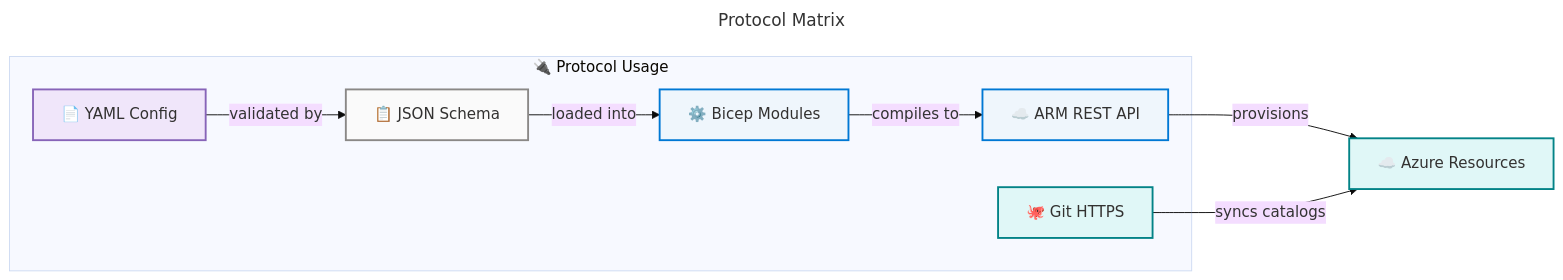
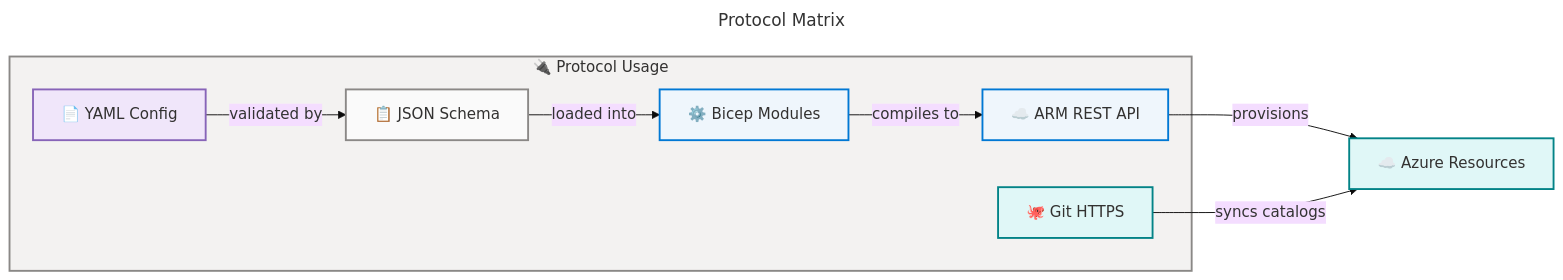
Before and after one commit to Evilazaro/DevExp-DevBox: the sixth of 12 diagrams in docs/architecture/application-architecture.md, drawn with Mermaid. The commit also changed other lines of this file, not shown here.

Commit message:
feat: enhance application architecture diagrams with Azure Fluent Architecture Pattern guidelines

````diff
--- a/docs/architecture/application-architecture.md
+++ b/docs/architecture/application-architecture.md
@@ -534,35 +589,48 @@
 ```mermaid
 ---
 title: Protocol Matrix
 config:
   theme: base
   look: classic
   layout: dagre
   themeVariables:
     fontSize: '16px'
   flowchart:
     htmlLabels: true
 ---
 flowchart LR
     accTitle: Protocol Matrix Diagram
     accDescr: Shows how different protocols connect the system layers from configuration through compilation to deployment
 
+    %% ═══════════════════════════════════════════════════════════════════════════
+    %% AZURE / FLUENT ARCHITECTURE PATTERN v1.1
+    %% (Semantic + Structural + Font + Accessibility Governance)
+    %% ═══════════════════════════════════════════════════════════════════════════
+    %% PHASE 1 - FLUENT UI: All styling uses approved Fluent UI palette only
+    %% PHASE 2 - GROUPS: Every subgraph has semantic color via style directive
+    %% PHASE 3 - COMPONENTS: Every node has semantic classDef + icon prefix
+    %% PHASE 4 - ACCESSIBILITY: accTitle/accDescr present, WCAG AA contrast
+    %% PHASE 5 - STANDARD: Governance block present, classDefs centralized
+    %% ═══════════════════════════════════════════════════════════════════════════
+
     subgraph protocols["🔌 Protocol Usage"]
         YAML["📄 YAML Config"]:::data
         JSON["📋 JSON Schema"]:::neutral
         BICEP["⚙️ Bicep Modules"]:::core
         ARM["☁️ ARM REST API"]:::core
         GIT["🐙 Git HTTPS"]:::external
     end
 
     YAML -->|"validated by"| JSON
     JSON -->|"loaded into"| BICEP
     BICEP -->|"compiles to"| ARM
     ARM -->|"provisions"| AZURE["☁️ Azure Resources"]:::external
     GIT -->|"syncs catalogs"| AZURE
 
+    style protocols fill:#F3F2F1,stroke:#8A8886,stroke-width:2px,color:#323130
+
     classDef neutral fill:#FAFAFA,stroke:#8A8886,stroke-width:2px,color:#323130
     classDef core fill:#EFF6FC,stroke:#0078D4,stroke-width:2px,color:#323130
     classDef data fill:#F0E6FA,stroke:#8764B8,stroke-width:2px,color:#323130
     classDef external fill:#E0F7F7,stroke:#038387,stroke-width:2px,color:#323130
 ```
````
